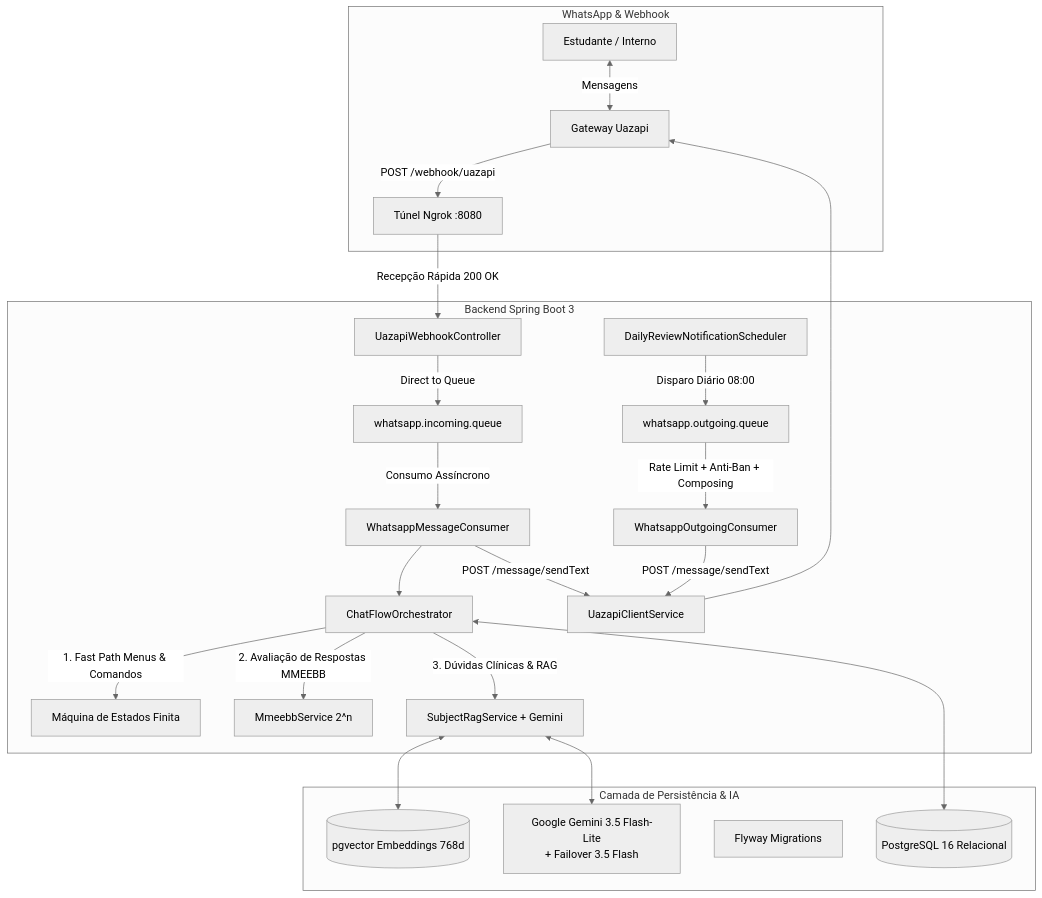
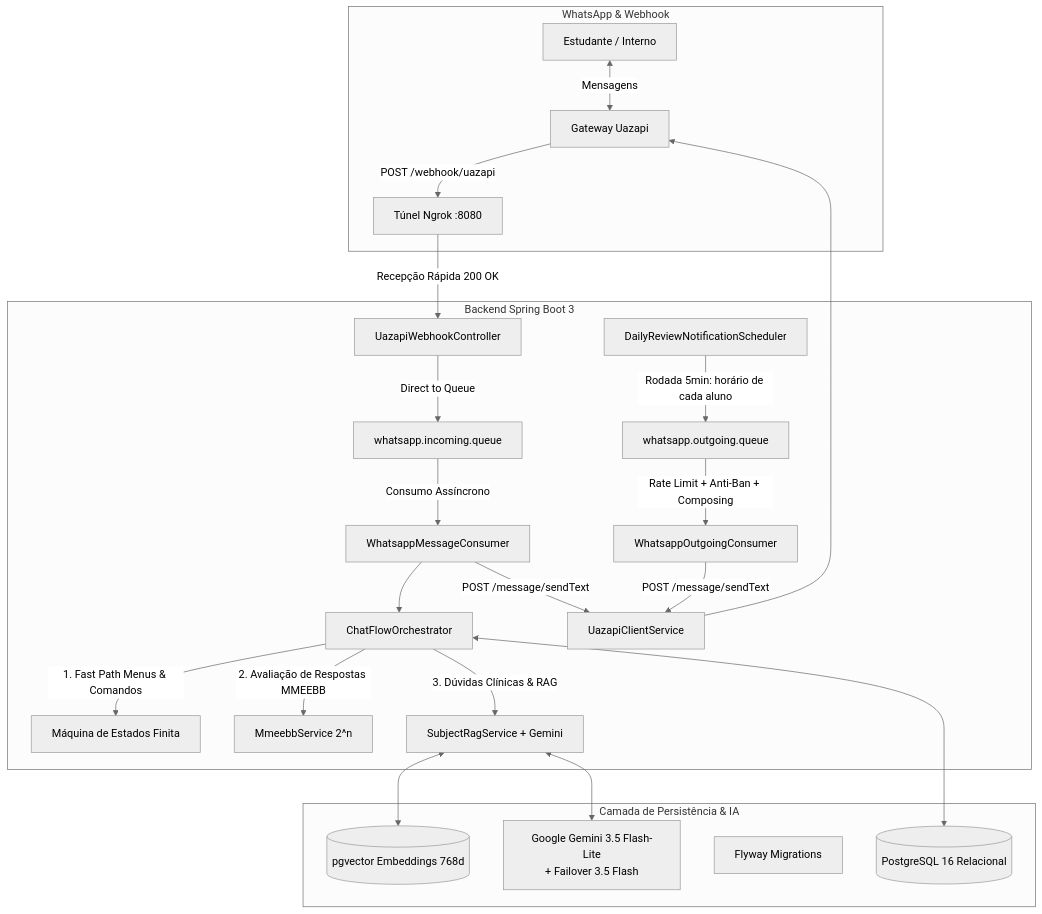
Before and after one commit to NickolasTav/mmeebb-chatbot: the third of 4 diagrams in README.md, drawn with Mermaid (neutral theme). The commit also changed other lines of this file and 4 other files, not shown here.

First line of the commit message:
feat(scheduler): envia lembrete no horario de cada aluno com rodadas a cada 5 minutos

````diff
--- a/README.md
+++ b/README.md
@@ -104,37 +104,37 @@
 ```mermaid
 flowchart TB
     subgraph WhatsApp_Gateway [WhatsApp & Webhook]
         ALUNO[Estudante / Interno] <-->|Mensagens| UAZ[Gateway Uazapi]
         UAZ -->|POST /webhook/uazapi| NGROK[Túnel Ngrok :8080]
     end
 
     subgraph Spring_Backend [Backend Spring Boot 3]
         NGROK -->|Recepção Rápida 200 OK| CTRL[UazapiWebhookController]
         CTRL -->|Direct to Queue| Q_IN[whatsapp.incoming.queue]
         
         Q_IN -->|Consumo Assíncrono| CONS[WhatsappMessageConsumer]
         CONS --> ORCH[ChatFlowOrchestrator]
         
         ORCH -->|1. Fast Path Menus & Comandos| FSM[Máquina de Estados Finita]
         ORCH -->|2. Avaliação de Respostas MMEEBB| MMEEBB[MmeebbService 2^n]
         ORCH -->|3. Dúvidas Clínicas & RAG| RAG[SubjectRagService + Gemini]
         
-        SCHED[DailyReviewNotificationScheduler] -->|Disparo Diário 08:00| Q_OUT[whatsapp.outgoing.queue]
+        SCHED[DailyReviewNotificationScheduler] -->|Rodada 5min: horário de cada aluno| Q_OUT[whatsapp.outgoing.queue]
         Q_OUT -->|Rate Limit + Anti-Ban + Composing| OUT_CONS[WhatsappOutgoingConsumer]
         
         OUT_CONS -->|POST /message/sendText| REST_CLI[UazapiClientService]
         CONS -->|POST /message/sendText| REST_CLI
         REST_CLI --> UAZ
     end
 
     subgraph Persistence_Layer [Camada de Persistência & IA]
         PG[(PostgreSQL 16 Relacional)]
         VEC[(pgvector Embeddings 768d)]
         FLY[Flyway Migrations]
         GEMINI[Google Gemini 3.5 Flash-Lite<br/>+ Failover 3.5 Flash]
     end
 
     ORCH <--> PG
     RAG <--> VEC
     RAG <--> GEMINI
 ```
````
